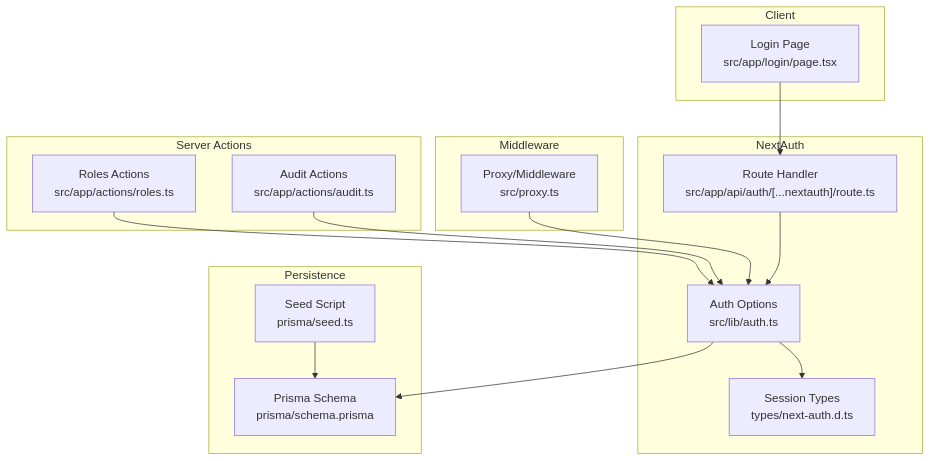
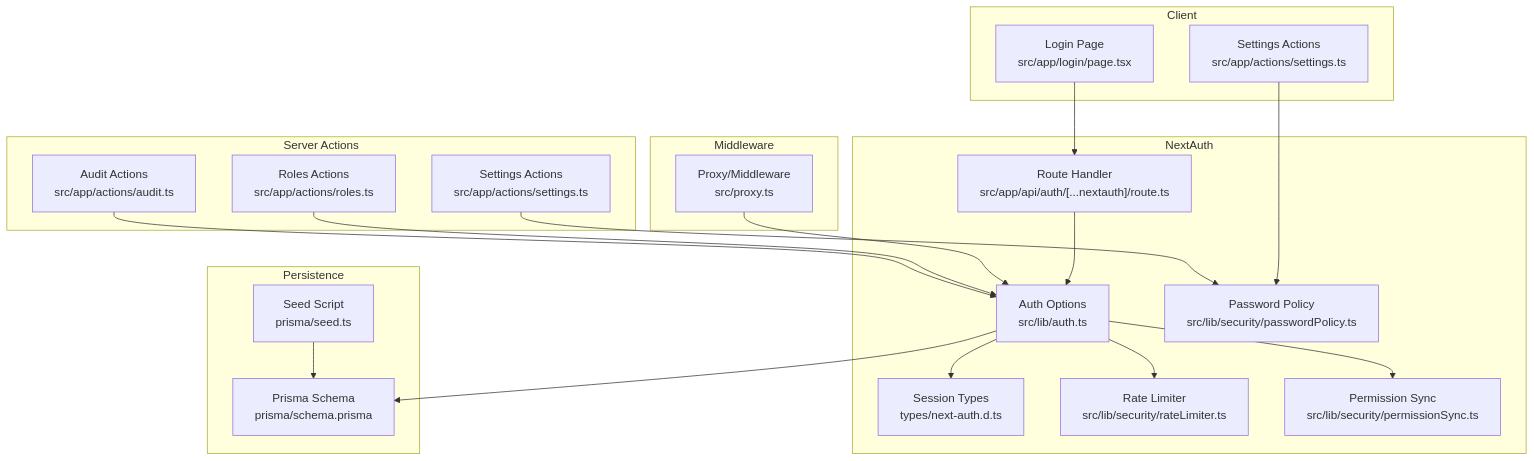
The first of 5 diagrams in .qoder/repowiki/en/content/Authentication & Authorization/Authentication & Authorization.md (bazs69/ApsAsrama), drawn with Mermaid before and after one commit. The commit also changed other lines of this file and 293 other files, not shown here.

````diff
--- a/.qoder/repowiki/en/content/Authentication & Authorization/Authentication & Authorization.md
+++ b/.qoder/repowiki/en/content/Authentication & Authorization/Authentication & Authorization.md
@@ -42,30 +58,39 @@
 ```mermaid
 graph TB
 subgraph "Client"
 Login["Login Page<br/>src/app/login/page.tsx"]
+Settings["Settings Actions<br/>src/app/actions/settings.ts"]
 end
 subgraph "NextAuth"
 RouteHandler["Route Handler<br/>src/app/api/auth/[...nextauth]/route.ts"]
 Config["Auth Options<br/>src/lib/auth.ts"]
 Types["Session Types<br/>types/next-auth.d.ts"]
+RateLimiter["Rate Limiter<br/>src/lib/security/rateLimiter.ts"]
+PermissionSync["Permission Sync<br/>src/lib/security/permissionSync.ts"]
+PasswordPolicy["Password Policy<br/>src/lib/security/passwordPolicy.ts"]
 end
 subgraph "Middleware"
 Proxy["Proxy/Middleware<br/>src/proxy.ts"]
 end
 subgraph "Server Actions"
 Roles["Roles Actions<br/>src/app/actions/roles.ts"]
 Audit["Audit Actions<br/>src/app/actions/audit.ts"]
+SettingsAction["Settings Actions<br/>src/app/actions/settings.ts"]
 end
 subgraph "Persistence"
 PrismaSchema["Prisma Schema<br/>prisma/schema.prisma"]
 Seed["Seed Script<br/>prisma/seed.ts"]
 end
 Login --> RouteHandler
+Settings --> PasswordPolicy
 RouteHandler --> Config
 Config --> Types
+Config --> RateLimiter
+Config --> PermissionSync
 Proxy --> Config
 Roles --> Config
 Audit --> Config
+SettingsAction --> PasswordPolicy
 Config --> PrismaSchema
 Seed --> PrismaSchema
 ```
````
